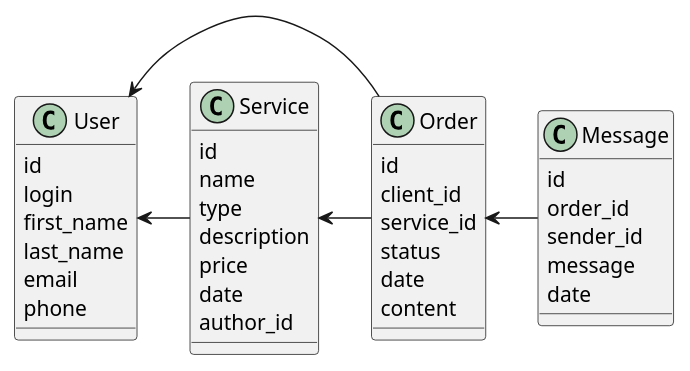
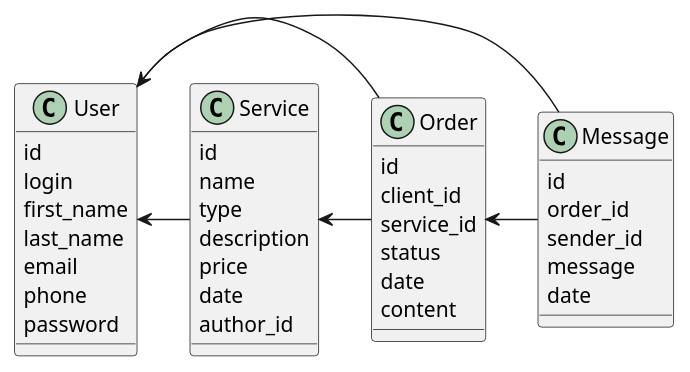
One commit to nrww/ISA_lab changed the second of 2 diagrams in components.md. Above: the diagram before and after it, drawn with PlantUML. The commit also changed other lines of this file, not shown here.

````diff
--- a/components.md
+++ b/components.md
@@ -106,46 +106,47 @@
 ```puml
 @startuml
 
 class Service {
   id
   name
   type
   description
   price
   date
   author_id
 }
 
 class User {
   id
   login
   first_name
   last_name
   email
   phone
+  password
 }
 
 class Order {
   id
   client_id
   service_id
   status
   date
   content
 }
 
 class Message {
   id
   order_id
   sender_id
   message
   date
 }
 
 User <- Service
 User <- Order
 Service <- Order
 Order <- Message
-
+User <- Message
 @enduml
 ```
````
